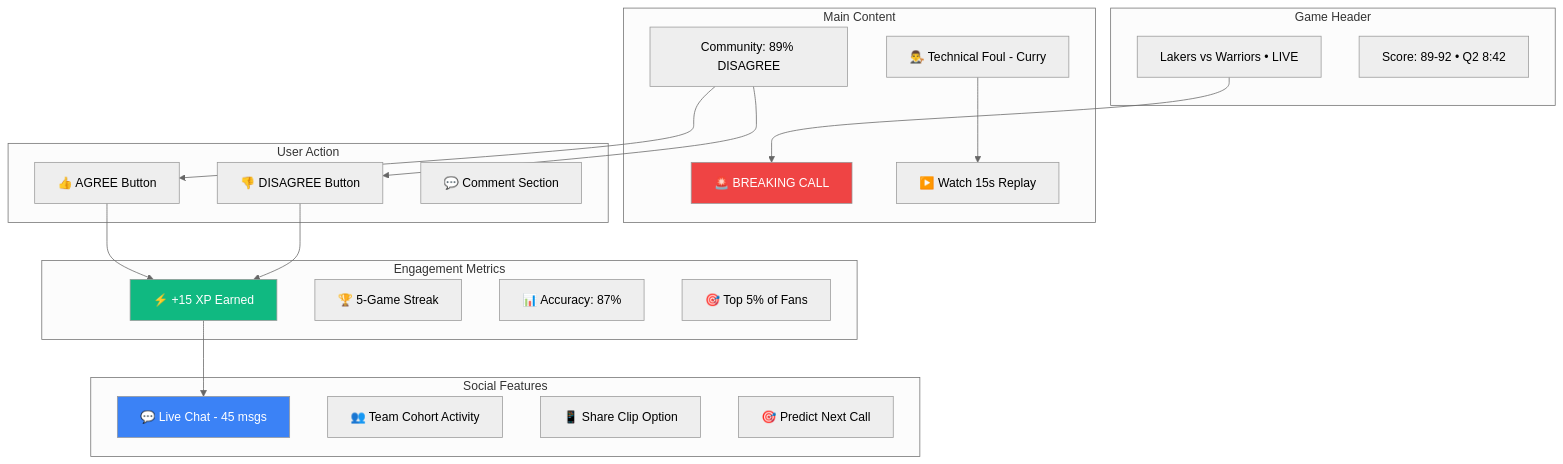
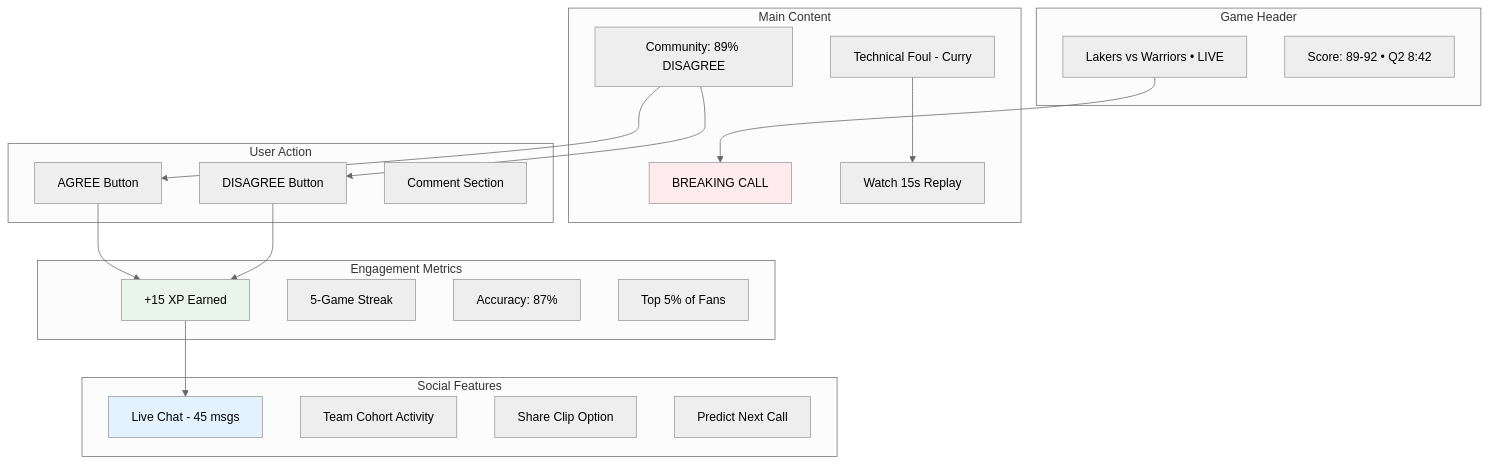
One commit to SkaFld-Ignite/ref-u-wireframes changed the fourth of 9 diagrams in docs/investor-flows.md. Above: the diagram before and after it, drawn with Mermaid (neutral theme). The commit also changed other lines of this file and 2 other files, not shown here.

Commit message:
Fix Mermaid diagram colors, perfect wireframe boxes, and rename investor sections to business overview

````diff
--- a/docs/investor-flows.md
+++ b/docs/investor-flows.md
@@ -143,46 +143,46 @@
 ```mermaid
 graph TB
     subgraph "Game Header"
         A1[Lakers vs Warriors • LIVE]
         A2[Score: 89-92 • Q2 8:42]
     end
     
     subgraph "Main Content"
-        B1[🚨 BREAKING CALL]
-        B2[👨‍⚖️ Technical Foul - Curry]
-        B3[▶️ Watch 15s Replay]
+        B1[BREAKING CALL]
+        B2[Technical Foul - Curry]
+        B3[Watch 15s Replay]
         B4[Community: 89% DISAGREE]
     end
     
     subgraph "User Action"
-        C1[👍 AGREE Button]
-        C2[👎 DISAGREE Button]
-        C3[💬 Comment Section]
+        C1[AGREE Button]
+        C2[DISAGREE Button]
+        C3[Comment Section]
     end
     
     subgraph "Engagement Metrics"
-        D1[⚡ +15 XP Earned]
-        D2[🏆 5-Game Streak]
-        D3[📊 Accuracy: 87%]
-        D4[🎯 Top 5% of Fans]
+        D1[+15 XP Earned]
+        D2[5-Game Streak]
+        D3[Accuracy: 87%]
+        D4[Top 5% of Fans]
     end
     
     subgraph "Social Features"
-        E1[💬 Live Chat - 45 msgs]
-        E2[👥 Team Cohort Activity]
-        E3[📱 Share Clip Option]
-        E4[🎯 Predict Next Call]
+        E1[Live Chat - 45 msgs]
+        E2[Team Cohort Activity]
+        E3[Share Clip Option]
+        E4[Predict Next Call]
     end
     
     A1 --> B1
     B2 --> B3
     B4 --> C1
     B4 --> C2
     C1 --> D1
     C2 --> D1
     D1 --> E1
     
-    style B1 fill:#ef4444,color:white
-    style D1 fill:#10b981,color:white
-    style E1 fill:#3b82f6,color:white
+    style B1 fill:#ffebee
+    style D1 fill:#e8f5e8
+    style E1 fill:#e3f2fd
 ```
````
